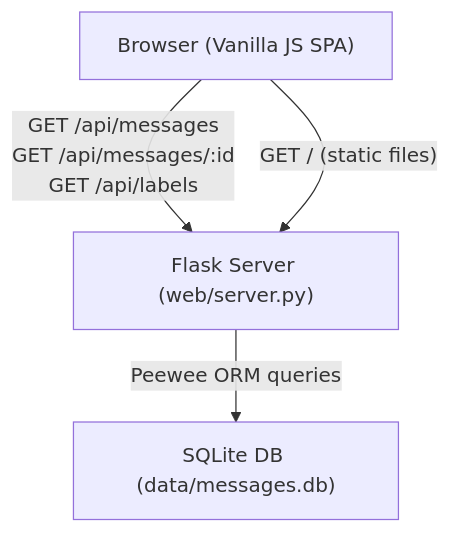
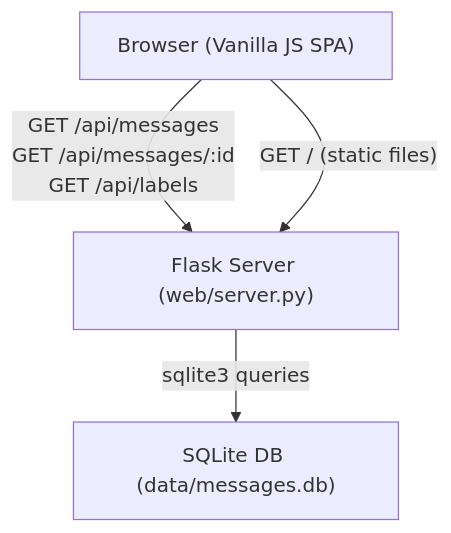
The diagram in .kiro/specs/gmail-web-viewer/design.md (jtvcodes/gmail-to-sqlite), drawn with Mermaid before and after one commit. The commit also changed other lines of this file and 2 other files, not shown here.

````diff
--- a/.kiro/specs/gmail-web-viewer/design.md
+++ b/.kiro/specs/gmail-web-viewer/design.md
@@ -22,10 +23,10 @@
 ```mermaid
 graph TD
     Browser["Browser (Vanilla JS SPA)"]
     Flask["Flask Server (web/server.py)"]
     DB["SQLite DB (data/messages.db)"]
 
     Browser -- "GET /api/messages\nGET /api/messages/:id\nGET /api/labels" --> Flask
     Browser -- "GET / (static files)" --> Flask
-    Flask -- "Peewee ORM queries" --> DB
+    Flask -- "sqlite3 queries" --> DB
 ```
````
